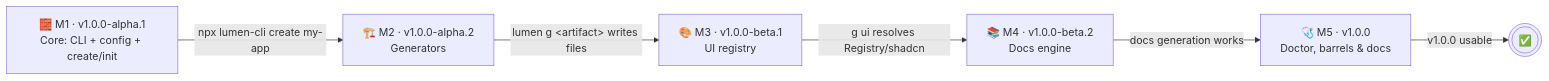
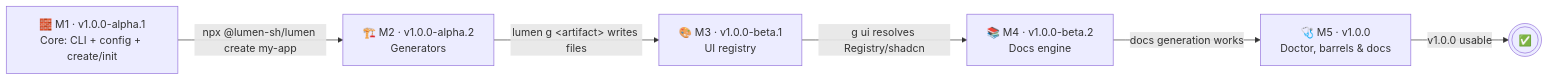
One commit to LUMEN-SH/lumen-cli changed the first of 6 diagrams in docs/PLAN.md. Above: the diagram before and after it, drawn with Mermaid. The commit also changed 7 other files, not shown here.

````diff
--- a/docs/PLAN.md
+++ b/docs/PLAN.md
@@ -9,14 +9,14 @@
 ```mermaid
 flowchart LR
     M1["🧱 M1 · v1.0.0-alpha.1<br/>Core: CLI + config + create/init"]
     M2["🏗️ M2 · v1.0.0-alpha.2<br/>Generators"]
     M3["🎨 M3 · v1.0.0-beta.1<br/>UI registry"]
     M4["📚 M4 · v1.0.0-beta.2<br/>Docs engine"]
     M5["🩺 M5 · v1.0.0<br/>Doctor, barrels &amp; docs"]
 
-    M1 -->|"npx lumen-cli create my-app"| M2
+    M1 -->|"npx @lumen-sh/lumen create my-app"| M2
     M2 -->|"lumen g &lt;artifact&gt; writes files"| M3
     M3 -->|"g ui resolves Registry/shadcn"| M4
     M4 -->|"docs generation works"| M5
     M5 -->|"v1.0.0 usable"| DONE(((✅)))
 ```
````
